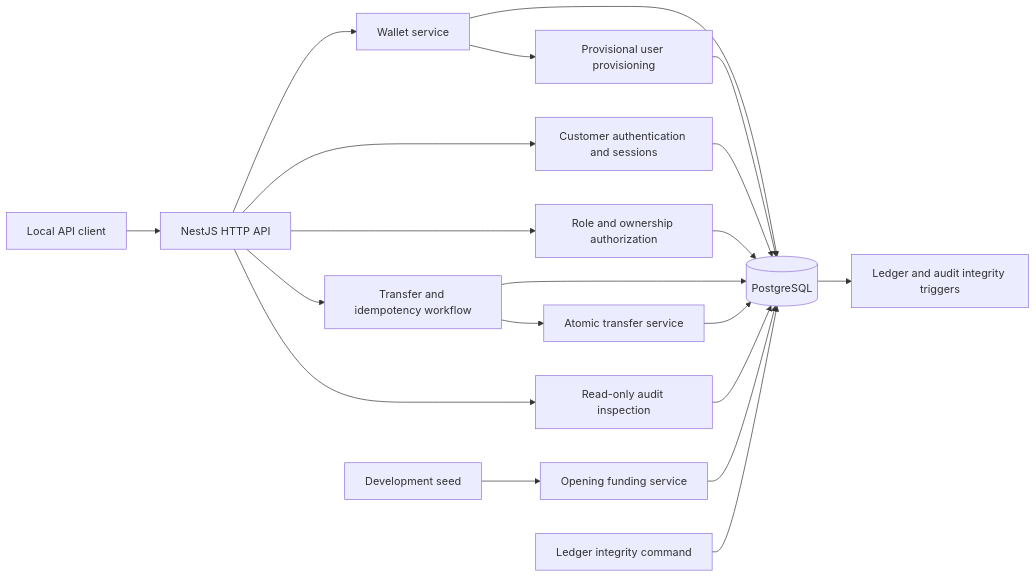
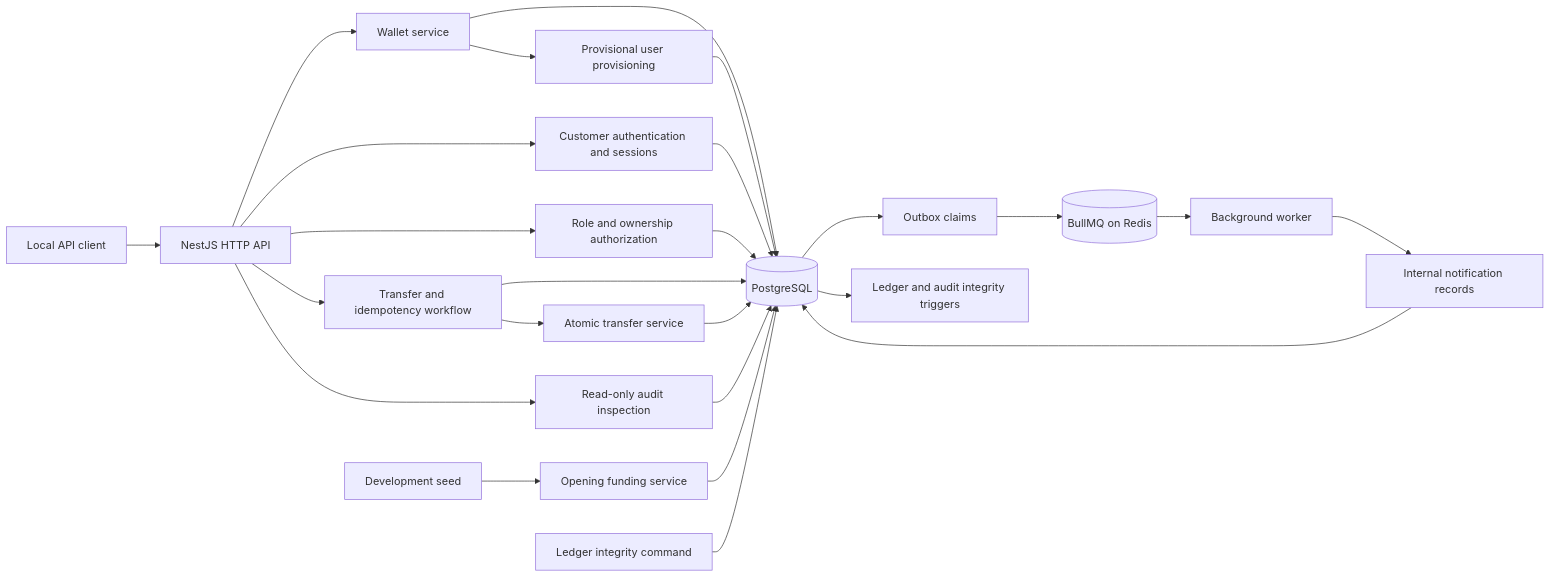
Before and after one commit to DjQris/ledgerflow: the diagram in docs/architecture.md, drawn with Mermaid. The commit also changed other lines of this file and 23 other files, not shown here.

Commit message:
feat: add BullMQ outbox dispatcher and notification worker

````diff
--- a/docs/architecture.md
+++ b/docs/architecture.md
@@ -5,22 +5,27 @@
 ```mermaid
 flowchart LR
     Client[Local API client] --> HTTP[NestJS HTTP API]
     HTTP --> Wallets[Wallet service]
     Wallets --> Users[Provisional user provisioning]
     HTTP --> Auth[Customer authentication and sessions]
     HTTP --> Access[Role and ownership authorization]
     HTTP --> TransferAPI[Transfer and idempotency workflow]
     HTTP --> AuditRead[Read-only audit inspection]
     TransferAPI --> TransferCore[Atomic transfer service]
     Wallets --> DB[(PostgreSQL)]
     Users --> DB
     Auth --> DB
     Access --> DB
     TransferAPI --> DB
     TransferCore --> DB
+    DB --> Outbox[Outbox claims]
+    Outbox --> Redis[(BullMQ on Redis)]
+    Redis --> Worker[Background worker]
+    Worker --> Notifications[Internal notification records]
+    Notifications --> DB
     AuditRead --> DB
     Seed[Development seed] --> Funding[Opening funding service]
     Funding --> DB
     Verify[Ledger integrity command] --> DB
     DB --> Triggers[Ledger and audit integrity triggers]
 ```
````
